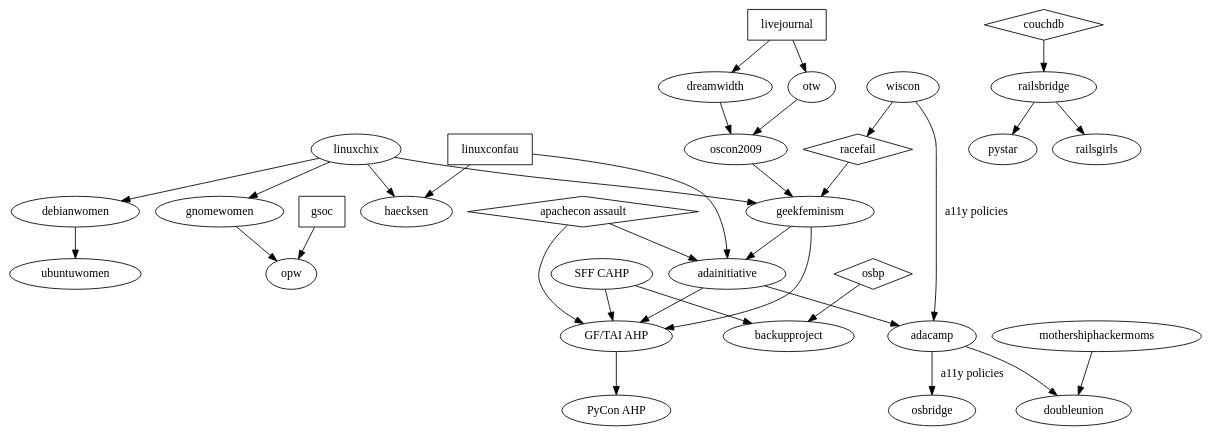
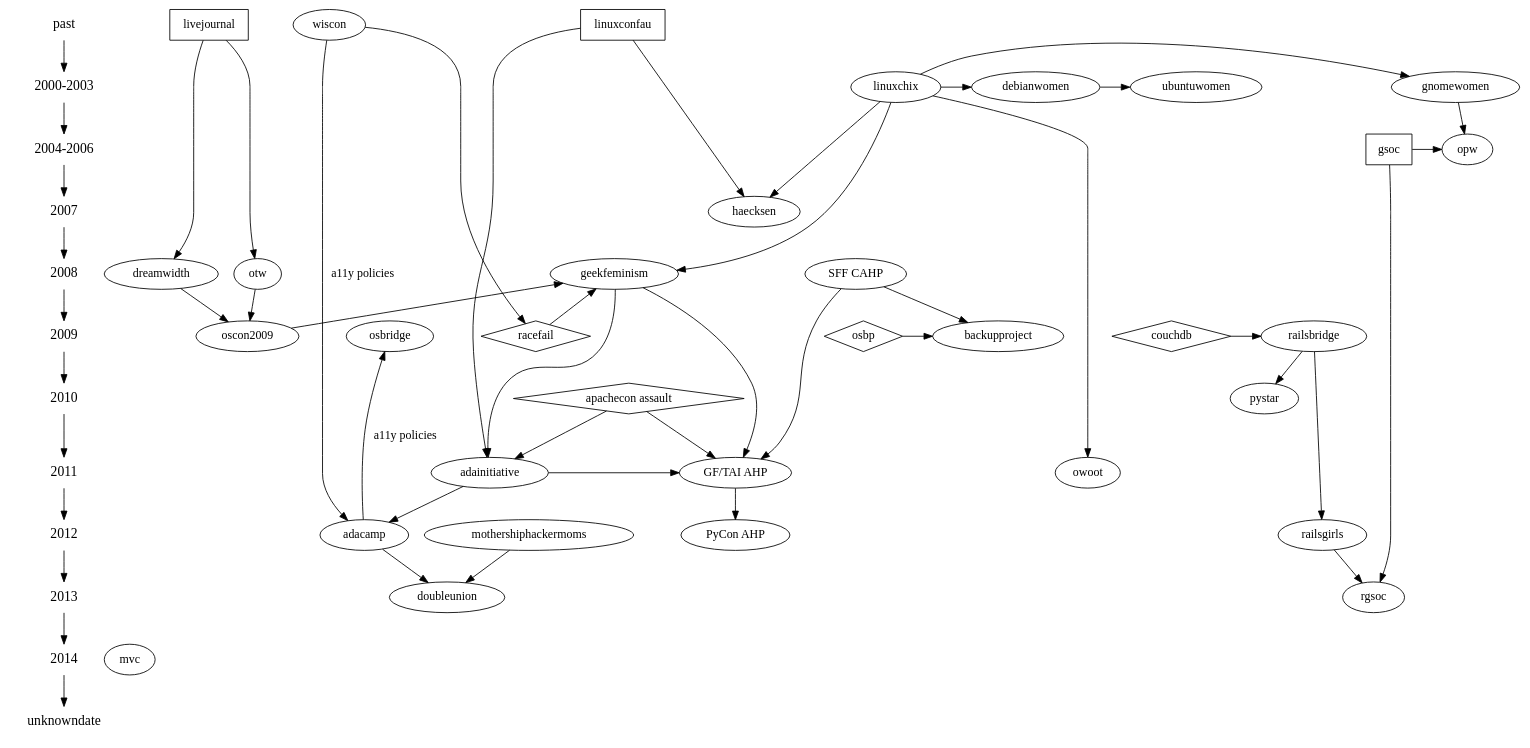
One commit to brainwane/gf-family-tree changed the diagram in gfft.dot. Above: the diagram before and after it, drawn with Graphviz. The commit also changed 1 other file, not shown here.

```diff
--- a/gfft.dot
+++ b/gfft.dot
@@ -1,101 +1,128 @@
 digraph G {
 
   /*
      The following shapes are used for different types of things:
      oval = geek feminist/women-in-tech/etc organisation
      rectangle = orgs that aren't particularly feminist, but are influential
      diamond = event/incident (cf. GF wiki "Timeline of Incidents")
   */
+
+  /*
+     And this section lays out the history in terms of years.
+  */
+
+  {
+    node [shape=plaintext, fontsize=16];
+    past -> "2000-2003" -> "2004-2006" -> 2007 -> 2008 -> 2009 -> 2010 -> 2011 -> 2012 -> 2013 -> 2014 -> unknowndate;
+  }
+  { rank = same; past; livejournal; wiscon; linuxconfau}
+  { rank = same; "2000-2003"; linuxchix; gnomewomen; ubuntuwomen; debianwomen; } /* roughly? */
+  { rank = same; "2004-2006"; gsoc; opw;}
+  { rank = same; 2007; haecksen; }
+  { rank = same; 2008; "SFF CAHP"; geekfeminism; dreamwidth; otw; }
+  { rank = same; 2009; oscon2009; racefail; couchdb; railsbridge; osbp; backupproject; osbridge; }
+  { rank = same; 2010; "apachecon assault"; }
+  { rank = same; 2011; adainitiative; "GF/TAI AHP"; owoot }
+  { rank = same; 2012; adacamp; railsgirls; }
+  { rank = same; 2013; doubleunion; rgsoc; }
+  { rank = same; 2014; mvc }
+  { rank = same; unknowndate; }
 
   /* Skud set up the GF wiki in 2008, mostly inspired by earlier "women
    * in open source" communities such as linuxchix */
   linuxchix -> geekfeminism;
 
   /* in 2009, Racefail introduced Skud and other GF wiki contributors to
    * a lot of new ideas */
   racefail -> geekfeminism;
   racefail [shape=diamond];
 
   /* in 2010, the Noirin Plunkett's assault at ApacheCon triggered
    * discussions about anti-harassment that would lead to the formation
    * of the Ada Initiative */
   "apachecon assault" -> adainitiative;
   "apachecon assault" [shape=diamond];
 
   /* GF (esp. volunteer burnout) was an influence on TAI */
   geekfeminism -> adainitiative;
 
   /* The first TAI discussions were held at LCA */
   linuxconfau -> adainitiative;
   linuxconfau [shape=rectangle];
 
   /* TAI wrote the first conf anti-harassment poilcy in response to the
    * apachecon assault */
   "apachecon assault" -> "GF/TAI AHP"
   "geekfeminism" -> "GF/TAI AHP"
   "adainitiative" -> "GF/TAI AHP"
 
   /* The Con Anti-Harassment Policy (out of SFF fandom) also inspired it */
   "SFF CAHP" -> "GF/TAI AHP"
 
   /* Vaguely related: Open Source Boob Project and Backup Project */
   osbp -> backupproject
   osbp [shape=diamond]
   "SFF CAHP" -> backupproject
 
   /* The GF/TAI AHP inspired the PyCon variant */
   "GF/TAI AHP" -> "PyCon AHP"
 
   adainitiative -> adacamp;
 
   /* Adacamp was inspired in some ways by Wiscon, eg. accessibility */
   wiscon -> adacamp [label="a11y policies"];
   /* and then open source bridge picked up some of that from adacamp */
   adacamp -> osbridge [label="a11y policies"];
 
   /* DoubleUnion came out of AdaCamp SF in 2012 */
   adacamp -> doubleunion;
   /* pretty sure mothership hackermoms was also an inspiration? */
   mothershiphackermoms -> doubleunion;
 
   /* Various early women-in-open-source mailing lists etc */
   linuxchix -> debianwomen;
   debianwomen -> ubuntuwomen;
   linuxchix -> gnomewomen; /* maybe via other orgs too? */
+  linuxchix -> owoot;
 
   /* Gnome Outreach Program for Women, now FOSS OPW */
   gnomewomen -> opw;
   /* "The Outreach Program for Women (OPW) was inspired by Google's
    * Summer of Code and by how few women applied for it."
    * via gnome.org/opw (why can't I include double slashes in a comment?)
    */
   gsoc -> opw;
   gsoc [shape=rectangle]
 
   /* LinuxChix inspired the Haecksen miniconf at LCA */
   linuxchix -> haecksen;
   linuxconfau -> haecksen;
 
   /* RailsBridge happened in response to the CouchDB incident at
    * GoGaRuCo */
   couchdb -> railsbridge;
   couchdb [shape=diamond];
   railsbridge -> pystar;
   railsbridge -> railsgirls;
 
+  /* There's now a rails girls summer of code */
+
+  railsgirls -> rgsoc;
+  gsoc -> rgsoc;
+
 
   wiscon -> racefail;
 
   /* Livejournal (esp. their fail) inspired DW and OTW */
   livejournal -> dreamwidth;
   livejournal -> otw;
   livejournal [shape=rectangle]
 
   /* Dreamwidth and OTW inspired Skud's 2009 OSCON keynote */
   dreamwidth -> oscon2009;
   otw -> oscon2009;
 
   /* GF blog came out of the oscon2009 keynote, as a place to have
    * ongoing conversations */
   oscon2009 -> geekfeminism;
 }
```
